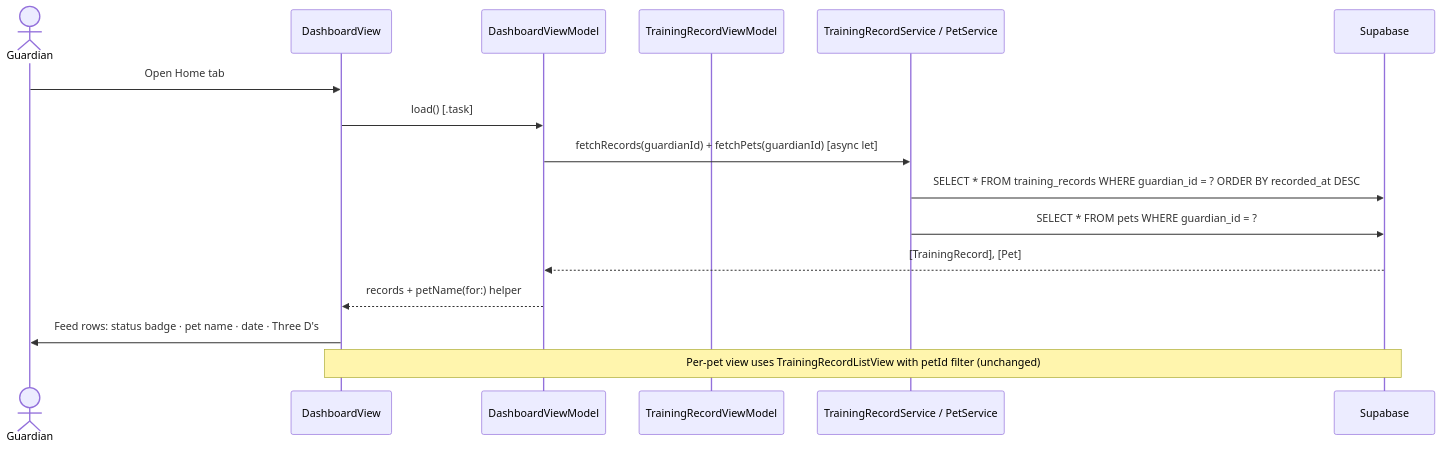
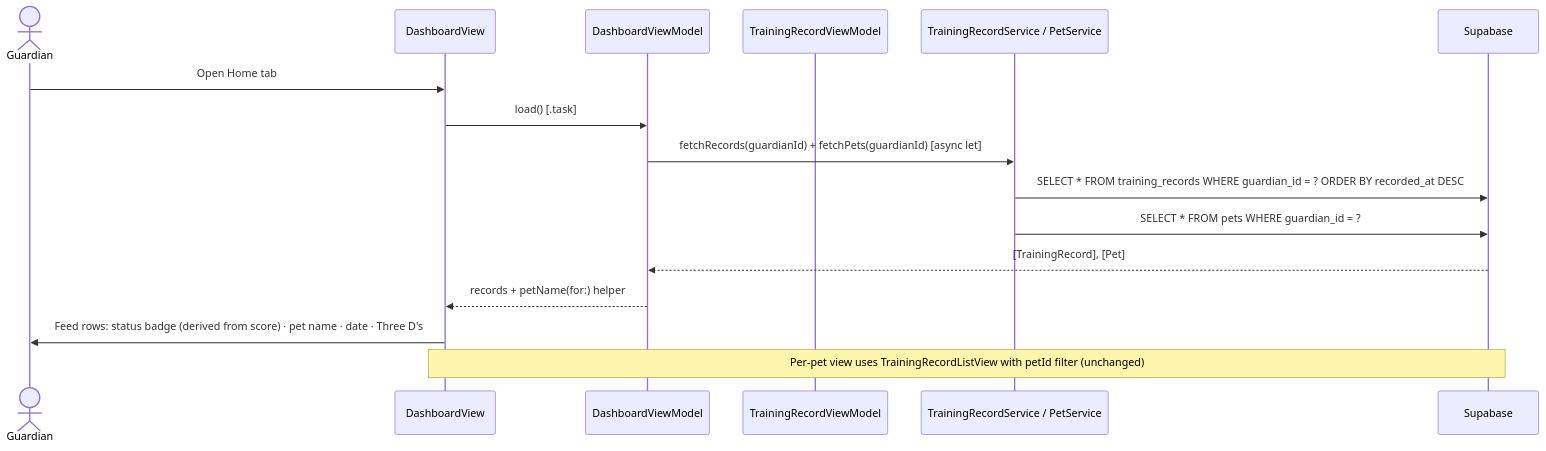
Before and after one commit to markculley/HoundHabit: the second of 4 diagrams in docs/use_cases/log_training.md, drawn with Mermaid. The commit also changed other lines of this file and 9 other files, not shown here.

````diff
--- a/docs/use_cases/log_training.md
+++ b/docs/use_cases/log_training.md
@@ -38,20 +40,20 @@
 ```mermaid
 sequenceDiagram
     actor G as Guardian
     participant DV as DashboardView
     participant DVM as DashboardViewModel
     participant RVM as TrainingRecordViewModel
     participant SVC as TrainingRecordService / PetService
     participant DB as Supabase
 
     G->>DV: Open Home tab
     DV->>DVM: load() [.task]
     DVM->>SVC: fetchRecords(guardianId) + fetchPets(guardianId) [async let]
     SVC->>DB: SELECT * FROM training_records WHERE guardian_id = ? ORDER BY recorded_at DESC
     SVC->>DB: SELECT * FROM pets WHERE guardian_id = ?
     DB-->>DVM: [TrainingRecord], [Pet]
     DVM-->>DV: records + petName(for:) helper
-    DV->>G: Feed rows: status badge · pet name · date · Three D's
+    DV->>G: Feed rows: status badge (derived from score) · pet name · date · Three D's
 
     note over DV,DB: Per-pet view uses TrainingRecordListView with petId filter (unchanged)
 ```
````
